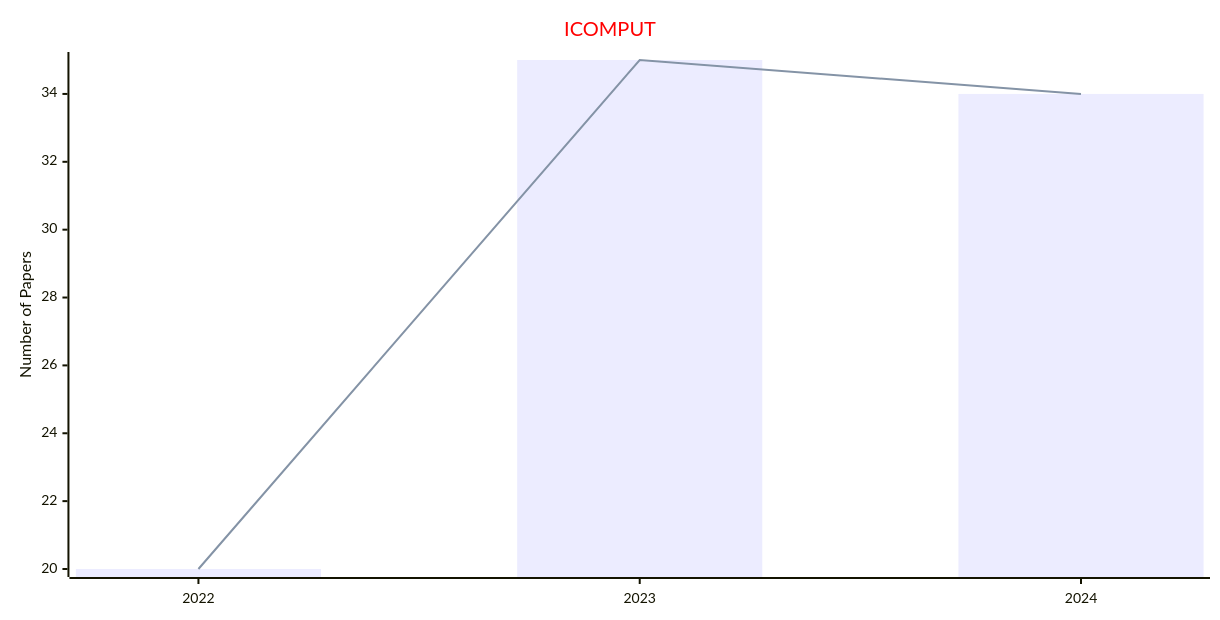
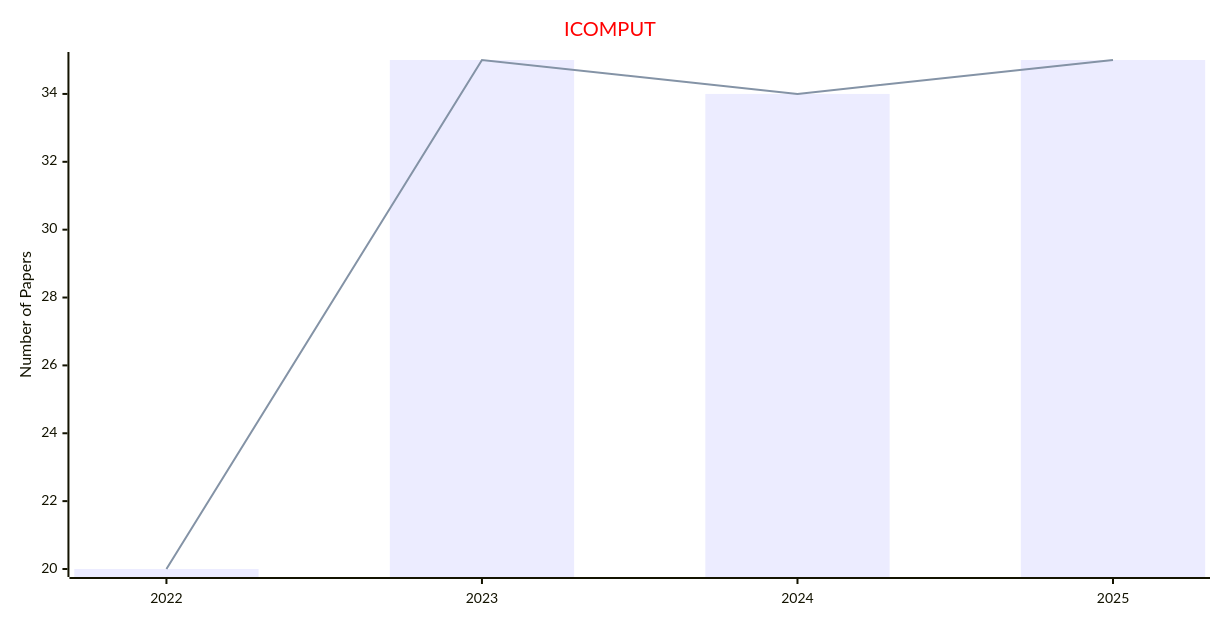
Before and after one commit to Easy-PhD/AILinks: the diagram in docs/data/Journals/Statistics_Journals/Intelligent_Computing.md, drawn with Mermaid. The commit also changed 93 other files, not shown here.

````diff
--- a/docs/data/Journals/Statistics_Journals/Intelligent_Computing.md
+++ b/docs/data/Journals/Statistics_Journals/Intelligent_Computing.md
@@ -9,17 +9,17 @@
 ```mermaid
 ---
 config:
     xyChart:
         width: 1200
         height: 600
     themeVariables:
         xyChart:
             titleColor: "#ff0000"
 ---
 xychart-beta
     title "ICOMPUT"
-    x-axis [2022, 2023, 2024]
+    x-axis [2022, 2023, 2024, 2025]
     y-axis "Number of Papers"
-    bar [20, 35, 34]
-    line [20, 35, 34]
+    bar [20, 35, 34, 35]
+    line [20, 35, 34, 35]
 ```
````
